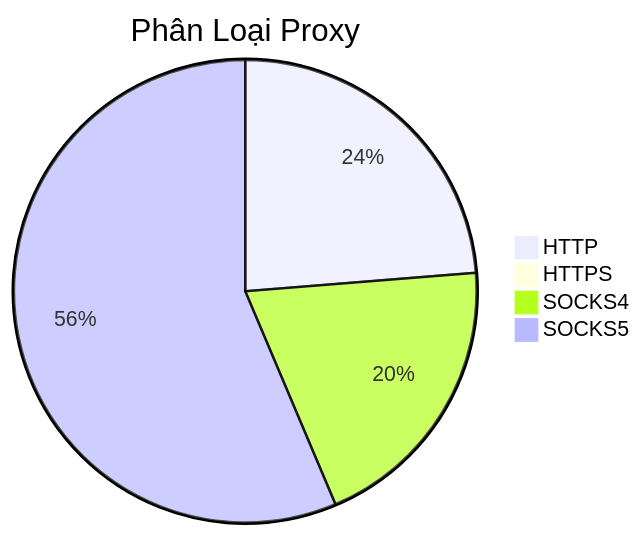
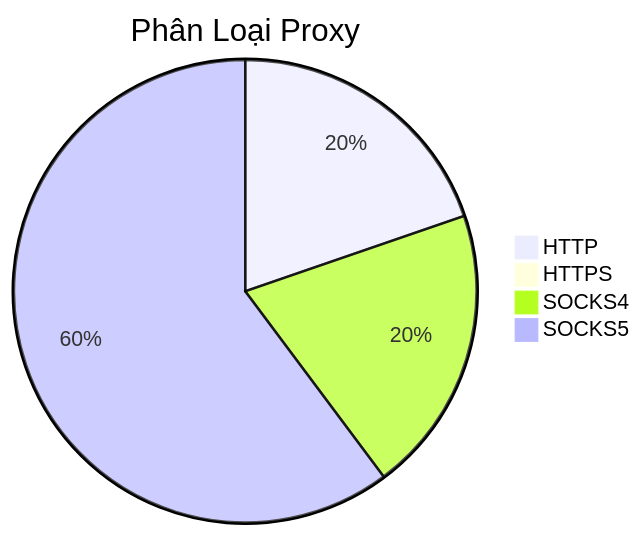
The diagram in README.md (Ciara-Aa/PROXY-free), drawn with Mermaid before and after one commit. The commit also changed other lines of this file and 4 other files, not shown here.

````diff
--- a/README.md
+++ b/README.md
@@ -26,7 +26,7 @@
 ```mermaid
 pie title Phân Loại Proxy
-    "HTTP" : 428
-    "HTTPS" : 7
-    "SOCKS4" : 359
-    "SOCKS5" : 1017
+    "HTTP" : 288
+    "HTTPS" : 0
+    "SOCKS4" : 293
+    "SOCKS5" : 879
 ```
````
